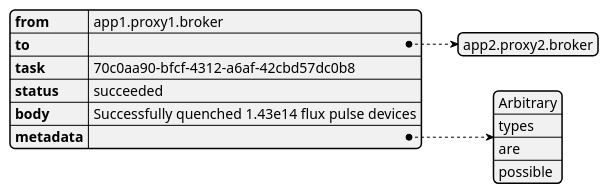
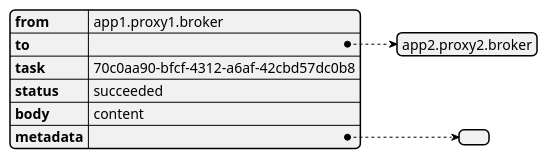
Before and after one commit to Martin1088/Plantuml-With-Screenreader: the diagram in Projekte/Verbis/Beam/ResultBeam.puml, drawn with PlantUML. The commit also changed 38 other files, not shown here.

```diff
--- a/Projekte/Verbis/Beam/ResultBeam.puml
+++ b/Projekte/Verbis/Beam/ResultBeam.puml
@@ -1,12 +1,12 @@
 @startjson
 {
   "from": "app1.proxy1.broker",
   "to": [
     "app2.proxy2.broker"
   ],
   "task": "70c0aa90-bfcf-4312-a6af-42cbd57dc0b8",
   "status": "succeeded",
-  "body": "Successfully quenched 1.43e14 flux pulse devices",
-  "metadata": ["Arbitrary", "types", "are", "possible"]
+  "body": "content",
+  "metadata": []
 }
 @endjson
```
